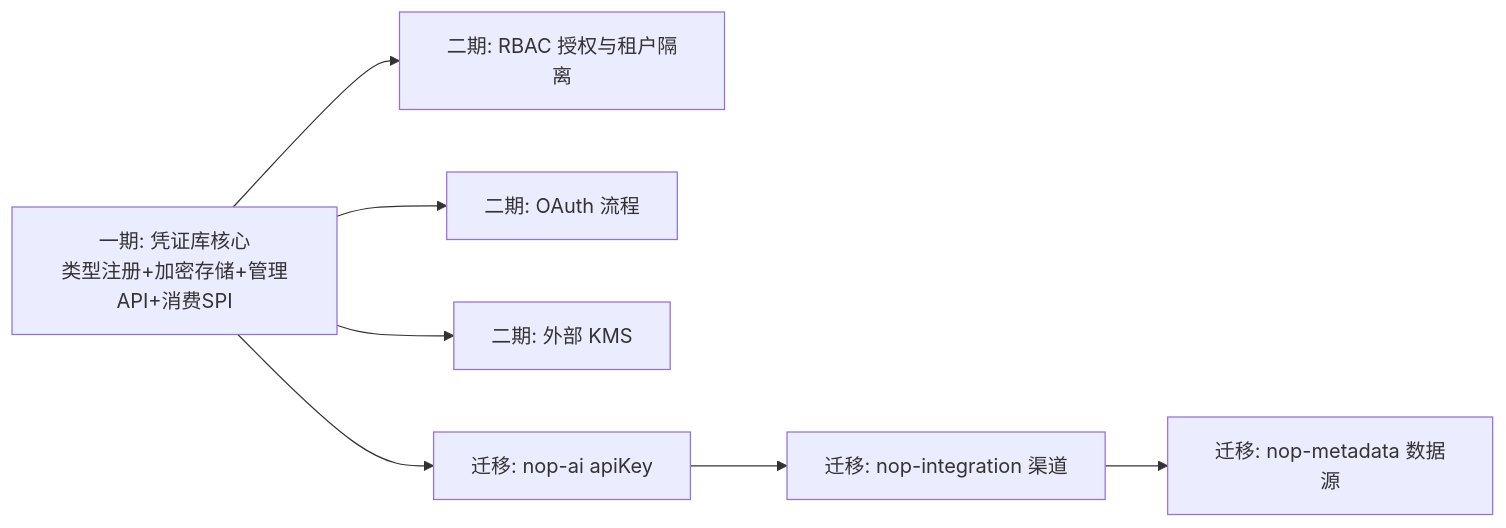
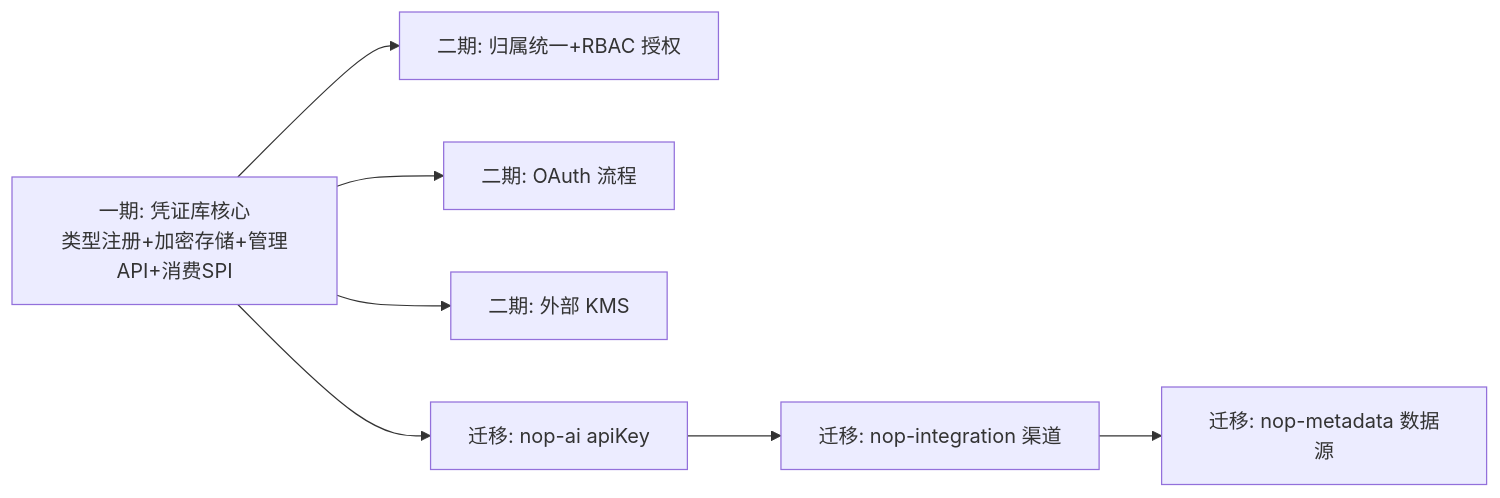
The diagram in ai-dev/design/nop-credential/00-vision.md (entropy-cloud/nop-entropy), drawn with Mermaid before and after one commit. The commit also changed other lines of this file and 10 other files, not shown here.

First line of the commit message:
docs(nop-credential-mfa): plan-2026-08-14-2012 docs/log/roadmap update

````diff
--- a/ai-dev/design/nop-credential/00-vision.md
+++ b/ai-dev/design/nop-credential/00-vision.md
@@ -42,9 +42,9 @@
 ```mermaid
 flowchart LR
-    A[一期: 凭证库核心<br/>类型注册+加密存储+管理API+消费SPI] --> B[二期: RBAC 授权与租户隔离]
+    A[一期: 凭证库核心<br/>类型注册+加密存储+管理API+消费SPI] --> B[二期: 归属统一+RBAC 授权]
     A --> C[二期: OAuth 流程]
     A --> D[二期: 外部 KMS]
     A --> E[迁移: nop-ai apiKey]
     E --> F[迁移: nop-integration 渠道]
     F --> G[迁移: nop-metadata 数据源]
 ```
````
